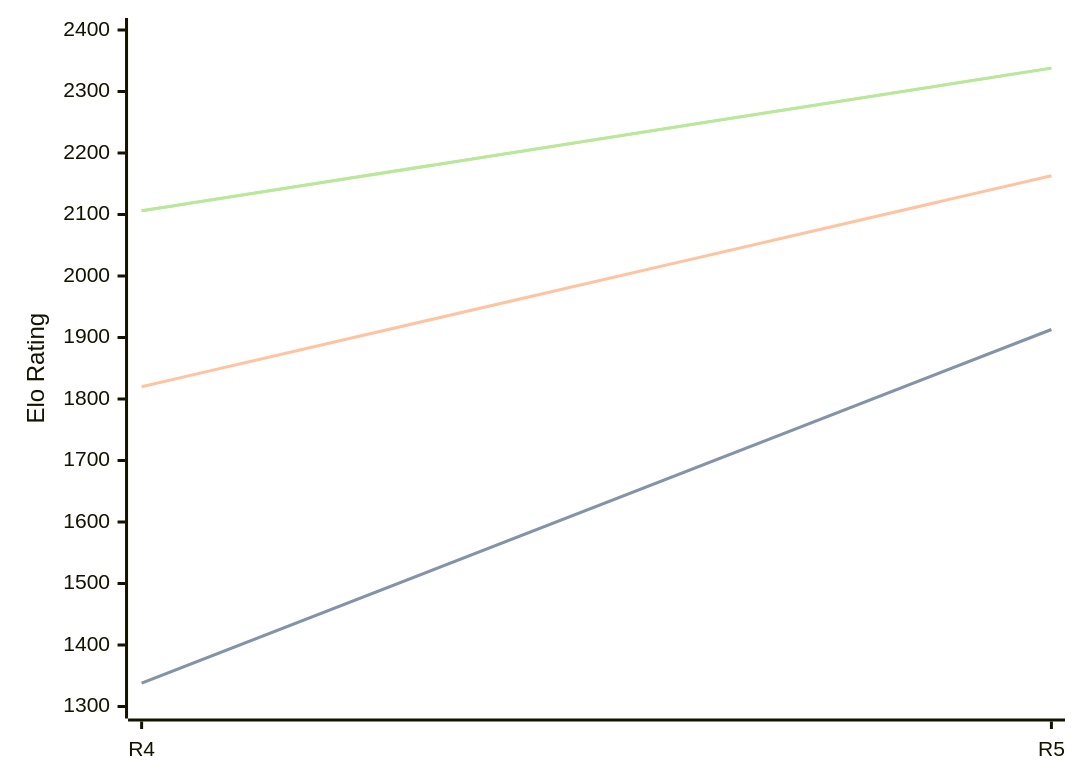
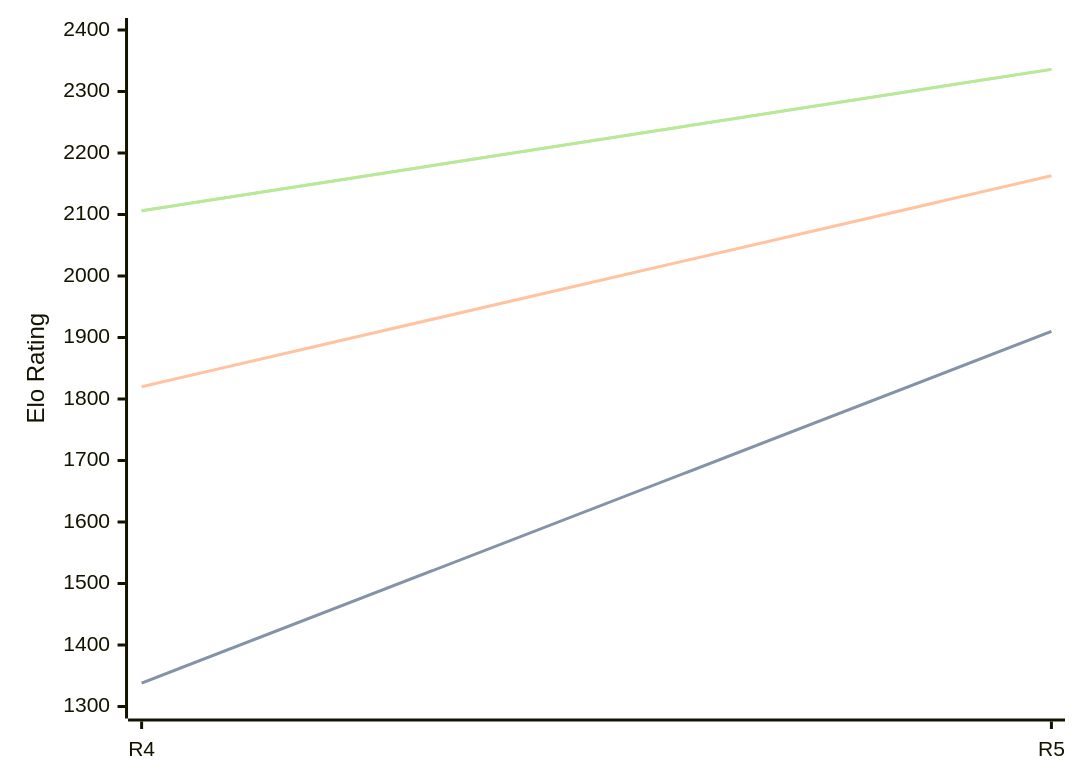
One commit to computer-chess-index/cci changed the diagram in engines/Viking.md. Above: the diagram before and after it, drawn with Mermaid. The commit also changed other lines of this file, not shown here.

Commit message:
Update CCI Ratings (ELO VLTC) - 2026-07-23

````diff
--- a/engines/Viking.md
+++ b/engines/Viking.md
@@ -35,11 +35,11 @@
 ```mermaid
 %%{init: {"theme":"base","themeVariables":{"seriesColors:['#a3a3a3','#222221','#faa371']}}}%%
 xychart-beta
   x-axis ["R4", "R5"]
   y-axis "Elo Rating" 1300 --> 2400
-  line "STC (8.0+0.08s)" [1338, 1913]
-  line "STC (8.0+0.08s)" [1338, 1913]
+  line "STC (8.0+0.08s)" [1338, 1910]
+  line "STC (8.0+0.08s)" [1338, 1910]
   line "LTC (60.0+0.60s)" [1820, 2163]
-  line "VLTC (2m24s+1.12s)" [2106, 2338]
-  line "VLTC (2m24s+1.12s)" [2106, 2338]
+  line "VLTC (2m24s+1.12s)" [2106, 2336]
+  line "VLTC (2m24s+1.12s)" [2106, 2336]
 ```
````
